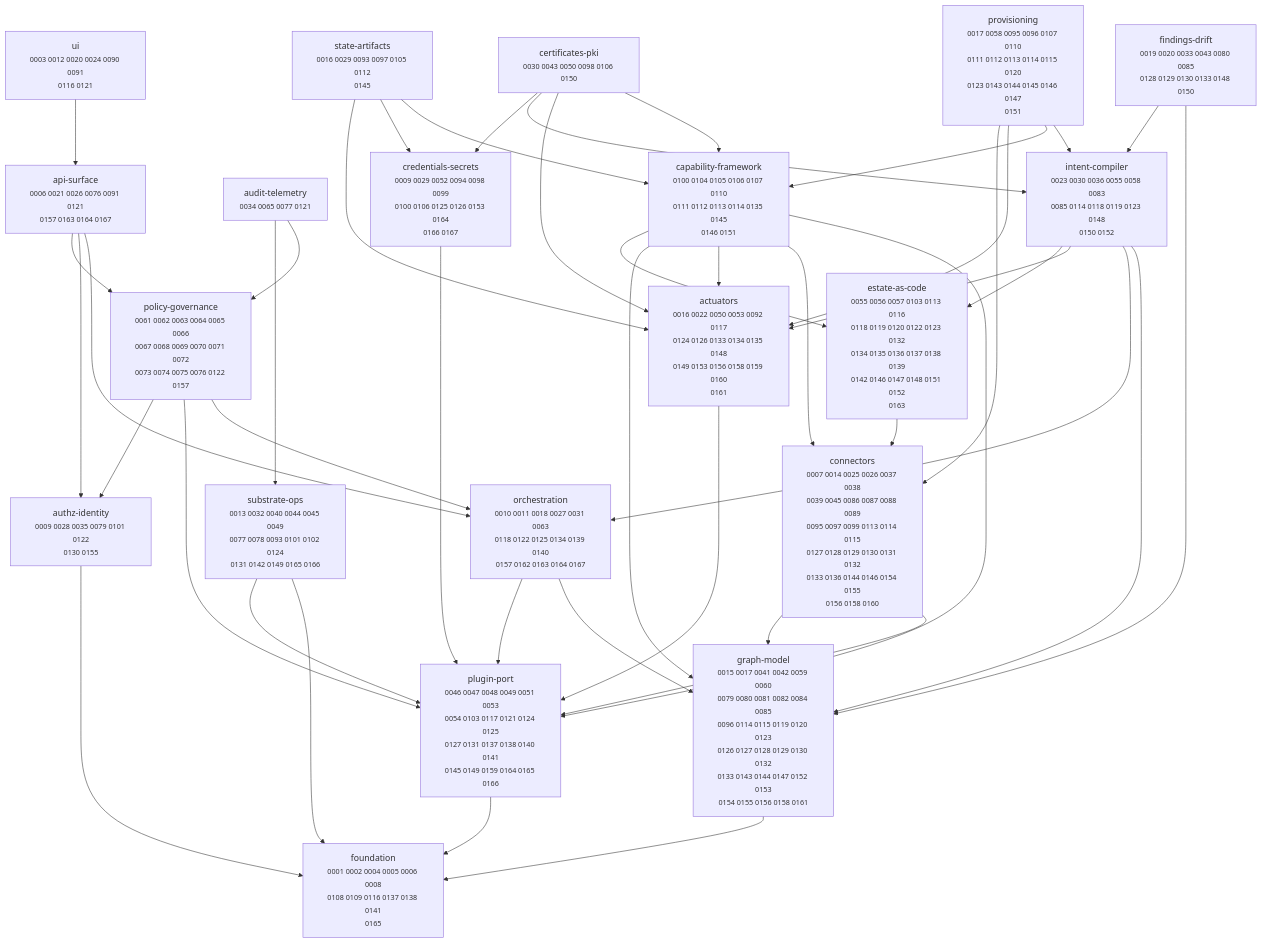
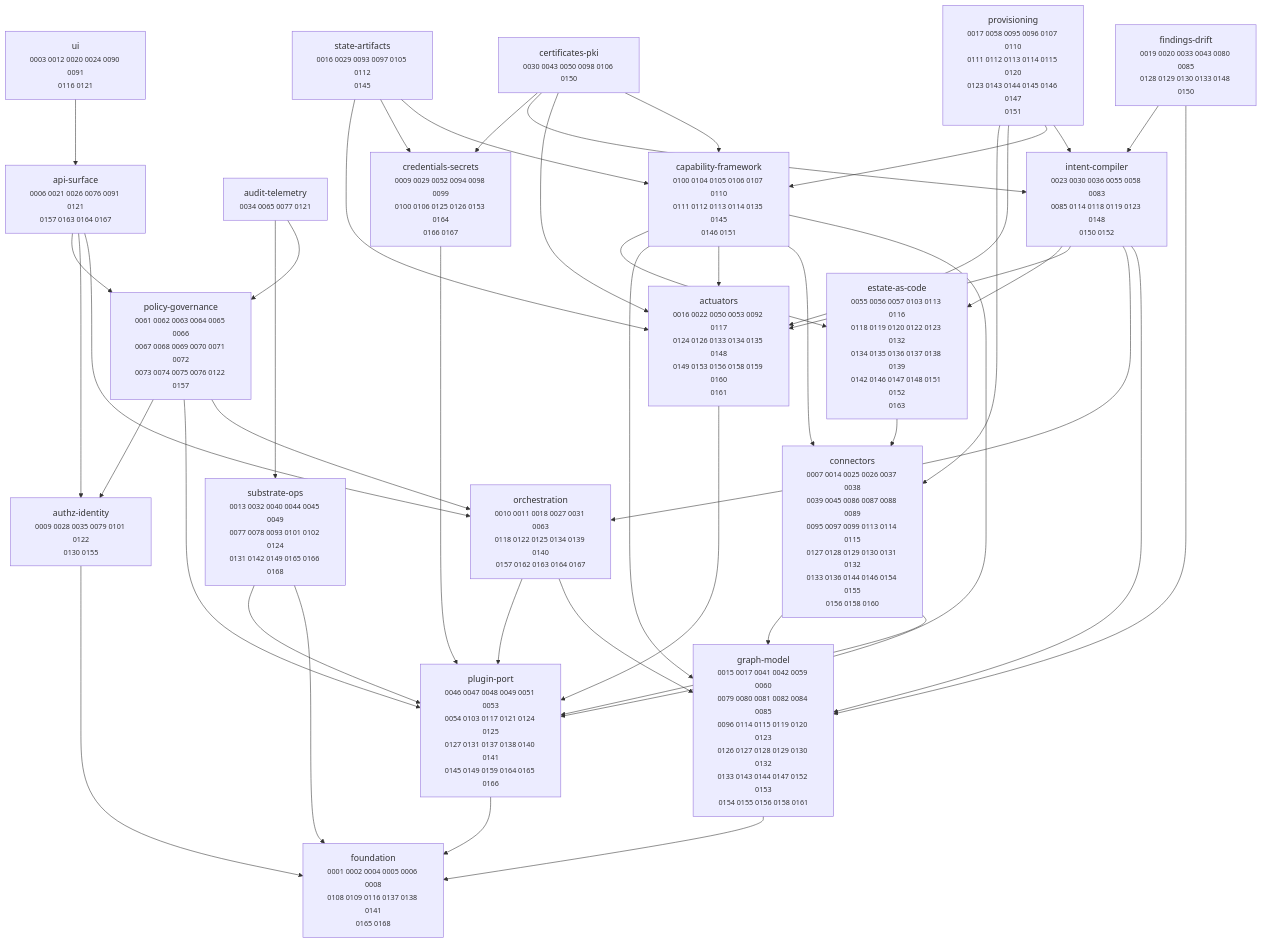
One commit to dstout-devops/stratt changed the diagram in docs/adr/MAP.md. Above: the diagram before and after it, drawn with Mermaid. The commit also changed other lines of this file and 8 other files, not shown here.

````diff
--- a/docs/adr/MAP.md
+++ b/docs/adr/MAP.md
@@ -11,67 +11,67 @@
 ```mermaid
 graph TD
   actuators["actuators<br/><small>0016 0022 0050 0053 0092 0117<br/>0124 0126 0133 0134 0135 0148<br/>0149 0153 0156 0158 0159 0160<br/>0161</small>"]
   api_surface["api-surface<br/><small>0006 0021 0026 0076 0091 0121<br/>0157 0163 0164 0167</small>"]
   audit_telemetry["audit-telemetry<br/><small>0034 0065 0077 0121</small>"]
   authz_identity["authz-identity<br/><small>0009 0028 0035 0079 0101 0122<br/>0130 0155</small>"]
   capability_framework["capability-framework<br/><small>0100 0104 0105 0106 0107 0110<br/>0111 0112 0113 0114 0135 0145<br/>0146 0151</small>"]
   certificates_pki["certificates-pki<br/><small>0030 0043 0050 0098 0106 0150</small>"]
   connectors["connectors<br/><small>0007 0014 0025 0026 0037 0038<br/>0039 0045 0086 0087 0088 0089<br/>0095 0097 0099 0113 0114 0115<br/>0127 0128 0129 0130 0131 0132<br/>0133 0136 0144 0146 0154 0155<br/>0156 0158 0160</small>"]
   credentials_secrets["credentials-secrets<br/><small>0009 0029 0052 0094 0098 0099<br/>0100 0106 0125 0126 0153 0164<br/>0166 0167</small>"]
   estate_as_code["estate-as-code<br/><small>0055 0056 0057 0103 0113 0116<br/>0118 0119 0120 0122 0123 0132<br/>0134 0135 0136 0137 0138 0139<br/>0142 0146 0147 0148 0151 0152<br/>0163</small>"]
   findings_drift["findings-drift<br/><small>0019 0020 0033 0043 0080 0085<br/>0128 0129 0130 0133 0148 0150</small>"]
-  foundation["foundation<br/><small>0001 0002 0004 0005 0006 0008<br/>0108 0109 0116 0137 0138 0141<br/>0165</small>"]
+  foundation["foundation<br/><small>0001 0002 0004 0005 0006 0008<br/>0108 0109 0116 0137 0138 0141<br/>0165 0168</small>"]
   graph_model["graph-model<br/><small>0015 0017 0041 0042 0059 0060<br/>0079 0080 0081 0082 0084 0085<br/>0096 0114 0115 0119 0120 0123<br/>0126 0127 0128 0129 0130 0132<br/>0133 0143 0144 0147 0152 0153<br/>0154 0155 0156 0158 0161</small>"]
   intent_compiler["intent-compiler<br/><small>0023 0030 0036 0055 0058 0083<br/>0085 0114 0118 0119 0123 0148<br/>0150 0152</small>"]
   orchestration["orchestration<br/><small>0010 0011 0018 0027 0031 0063<br/>0118 0122 0125 0134 0139 0140<br/>0157 0162 0163 0164 0167</small>"]
   plugin_port["plugin-port<br/><small>0046 0047 0048 0049 0051 0053<br/>0054 0103 0117 0121 0124 0125<br/>0127 0131 0137 0138 0140 0141<br/>0145 0149 0159 0164 0165 0166</small>"]
   policy_governance["policy-governance<br/><small>0061 0062 0063 0064 0065 0066<br/>0067 0068 0069 0070 0071 0072<br/>0073 0074 0075 0076 0122 0157</small>"]
   provisioning["provisioning<br/><small>0017 0058 0095 0096 0107 0110<br/>0111 0112 0113 0114 0115 0120<br/>0123 0143 0144 0145 0146 0147<br/>0151</small>"]
   state_artifacts["state-artifacts<br/><small>0016 0029 0093 0097 0105 0112<br/>0145</small>"]
-  substrate_ops["substrate-ops<br/><small>0013 0032 0040 0044 0045 0049<br/>0077 0078 0093 0101 0102 0124<br/>0131 0142 0149 0165 0166</small>"]
+  substrate_ops["substrate-ops<br/><small>0013 0032 0040 0044 0045 0049<br/>0077 0078 0093 0101 0102 0124<br/>0131 0142 0149 0165 0166 0168</small>"]
   ui["ui<br/><small>0003 0012 0020 0024 0090 0091<br/>0116 0121</small>"]
 
   actuators --> plugin_port
   api_surface --> orchestration
   api_surface --> authz_identity
   api_surface --> policy_governance
   audit_telemetry --> policy_governance
   audit_telemetry --> substrate_ops
   authz_identity --> foundation
   capability_framework --> plugin_port
   capability_framework --> connectors
   capability_framework --> actuators
   capability_framework --> graph_model
   capability_framework --> estate_as_code
   certificates_pki --> capability_framework
   certificates_pki --> actuators
   certificates_pki --> intent_compiler
   certificates_pki --> credentials_secrets
   connectors --> plugin_port
   connectors --> graph_model
   credentials_secrets --> plugin_port
   estate_as_code --> connectors
   findings_drift --> graph_model
   findings_drift --> intent_compiler
   graph_model --> foundation
   intent_compiler --> graph_model
   intent_compiler --> orchestration
   intent_compiler --> actuators
   intent_compiler --> estate_as_code
   orchestration --> graph_model
   orchestration --> plugin_port
   plugin_port --> foundation
   policy_governance --> orchestration
   policy_governance --> plugin_port
   policy_governance --> authz_identity
   provisioning --> intent_compiler
   provisioning --> capability_framework
   provisioning --> actuators
   provisioning --> connectors
   state_artifacts --> capability_framework
   state_artifacts --> credentials_secrets
   state_artifacts --> actuators
   substrate_ops --> foundation
   substrate_ops --> plugin_port
   ui --> api_surface
 ```
````
